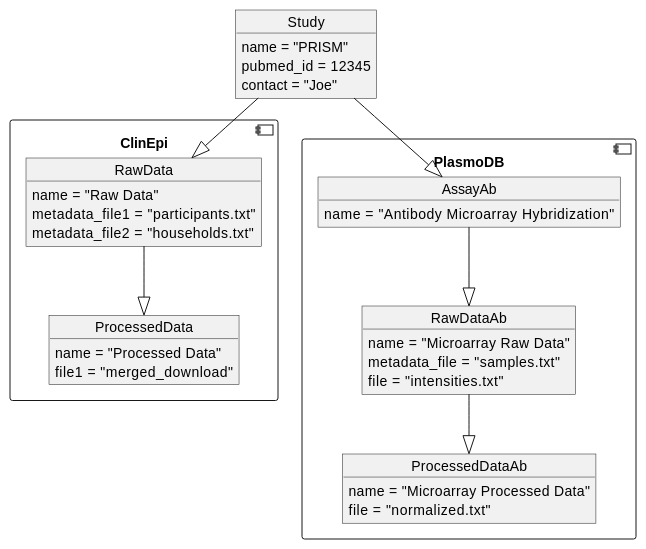
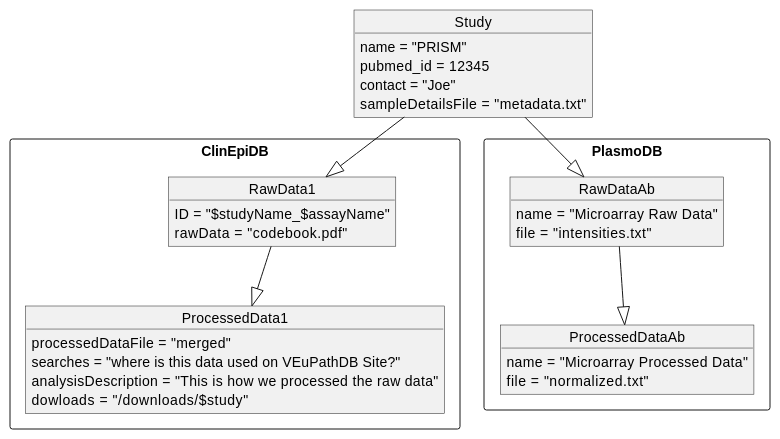
The sixth of 9 diagrams in project_planning/projectPages.org (jbrestel/org-docs), drawn with PlantUML before and after one commit. The commit also changed other lines of this file and 7 other files, not shown here.

```diff
--- a/project_planning/projectPages.org
+++ b/project_planning/projectPages.org
@@ -212,44 +247,45 @@
 #+begin_src plantuml :file images/clinepi_plasmo_study_uml.png :exports both
   object Study {
           name = "PRISM"
           pubmed_id = 12345
           contact = "Joe"
-  }
+          sampleDetailsFile = "metadata.txt"
+}
 
-  component ClinEpi {
-          object RawData {
-                  name = "Raw Data"
-                  metadata_file1 = "participants.txt"
-                  metadata_file2 = "households.txt"
-          }
-          object ProcessedData {
-                  name = "Processed Data"
-                  file1 = "merged_download"
-          }
-  }
+    rectangle ClinEpiDB {
+        object RawData1 {
+                ID = "$studyName_$assayName"
+''                assayName = "RNASeq" 'Could also call Category??'
+''                assayID = "RNASeqXXXX"
+                rawData = "codebook.pdf"
+        }
+        object ProcessedData1 {
+''                injector = "ClinEpi.java"
+                processedDataFile = "merged"
+                searches = "where is this data used on VEuPathDB Site?"
+                analysisDescription = "This is how we processed the raw data"
+                dowloads = "/downloads/$study"
+        }
+}
 
-  component PlasmoDB {
-          object AssayAb {
-                  name = "Antibody Microarray Hybridization"
-          }
 
+rectangle PlasmoDB {
 
           object RawDataAb {
                   name = "Microarray Raw Data"
-                  metadata_file = "samples.txt"
+
                   file = "intensities.txt"
           }
           object ProcessedDataAb {
                   name = "Microarray Processed Data"
                   file = "normalized.txt"
           }
 
   }
 
-  Study --|> RawData
-  Study --|> AssayAb
-  AssayAb --|> RawDataAb
-  RawData --|> ProcessedData
+  Study --|> RawData1
+  Study --|> RawDataAb
+  RawData1 --|> ProcessedData1
   RawDataAb --|> ProcessedDataAb
 
   #+end_src
```
